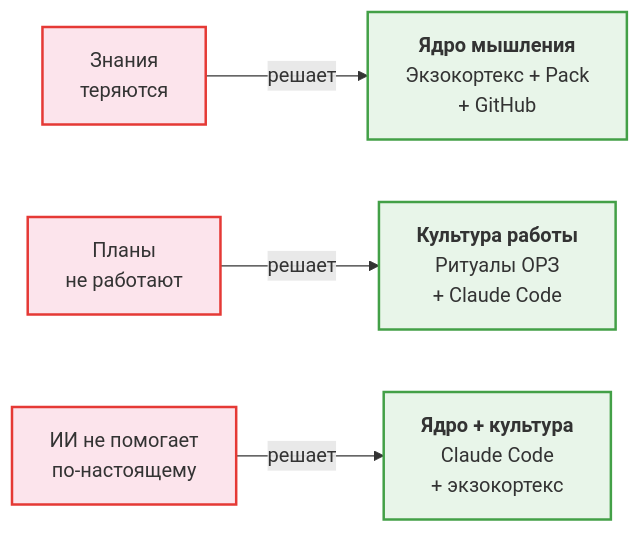
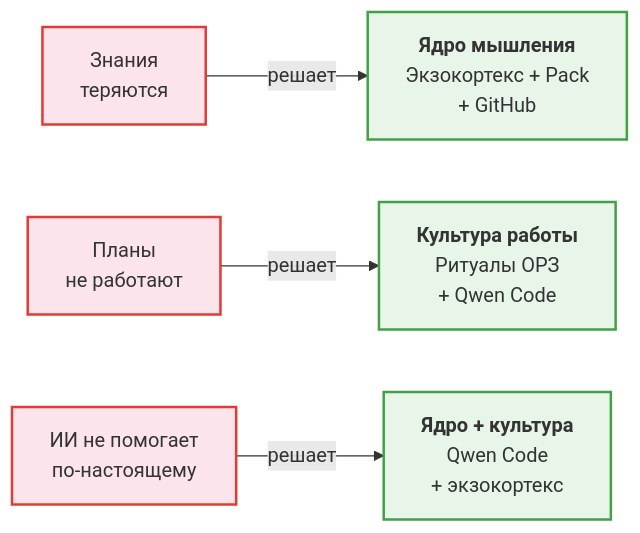
The eighth of 8 diagrams in docs/onboarding/onboarding-diagrams.md (trover97/FMT-exocortex-template), drawn with Mermaid before and after one commit. The commit also changed other lines of this file and 210 other files, not shown here.

First line of the commit message:
feat: адаптация шаблона под Qwen Code / Windows / offline

````diff
--- a/docs/onboarding/onboarding-diagrams.md
+++ b/docs/onboarding/onboarding-diagrams.md
@@ -239,21 +239,21 @@
 ```mermaid
 graph LR
     P1["Знания<br/>теряются"]
     P2["Планы<br/>не работают"]
     P3["ИИ не помогает<br/>по-настоящему"]
 
     S1["<b>Ядро мышления</b><br/>Экзокортекс + Pack<br/>+ GitHub"]
-    S2["<b>Культура работы</b><br/>Ритуалы ОРЗ<br/>+ Claude Code"]
-    S3["<b>Ядро + культура</b><br/>Claude Code<br/>+ экзокортекс"]
+    S2["<b>Культура работы</b><br/>Ритуалы ОРЗ<br/>+ Qwen Code"]
+    S3["<b>Ядро + культура</b><br/>Qwen Code<br/>+ экзокортекс"]
 
     P1 -->|"решает"| S1
     P2 -->|"решает"| S2
     P3 -->|"решает"| S3
 
     style P1 fill:#fce4ec,stroke:#e53935,stroke-width:2px
     style P2 fill:#fce4ec,stroke:#e53935,stroke-width:2px
     style P3 fill:#fce4ec,stroke:#e53935,stroke-width:2px
     style S1 fill:#e8f5e9,stroke:#43a047,stroke-width:2px
     style S2 fill:#e8f5e9,stroke:#43a047,stroke-width:2px
     style S3 fill:#e8f5e9,stroke:#43a047,stroke-width:2px
 ```
````
